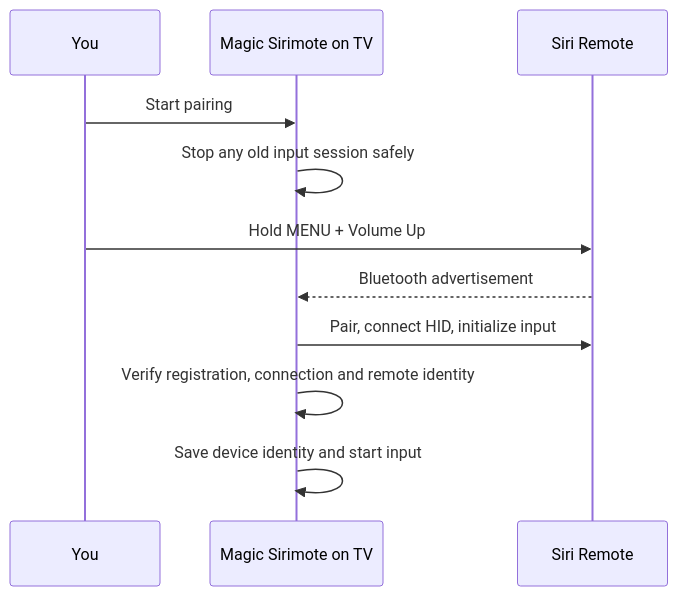
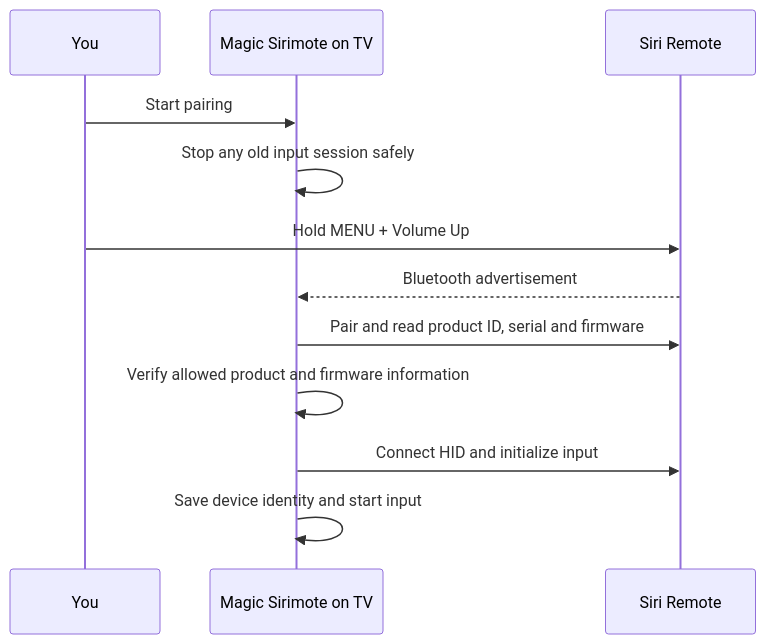
Before and after one commit to super-dog-human/magic-sirimote: the seventh of 7 diagrams in README.md, drawn with Mermaid. The commit also changed other lines of this file and 14 other files, not shown here.

````diff
--- a/README.md
+++ b/README.md
@@ -243,13 +243,14 @@
 ```mermaid
 sequenceDiagram
     participant User as You
     participant App as Magic Sirimote on TV
     participant Remote as Siri Remote
     User->>App: Start pairing
     App->>App: Stop any old input session safely
     User->>Remote: Hold MENU + Volume Up
     Remote-->>App: Bluetooth advertisement
-    App->>Remote: Pair, connect HID, initialize input
-    App->>App: Verify registration, connection and remote identity
+    App->>Remote: Pair and read product ID, serial and firmware
+    App->>App: Verify allowed product and firmware information
+    App->>Remote: Connect HID and initialize input
     App->>App: Save device identity and start input
 ```
````
